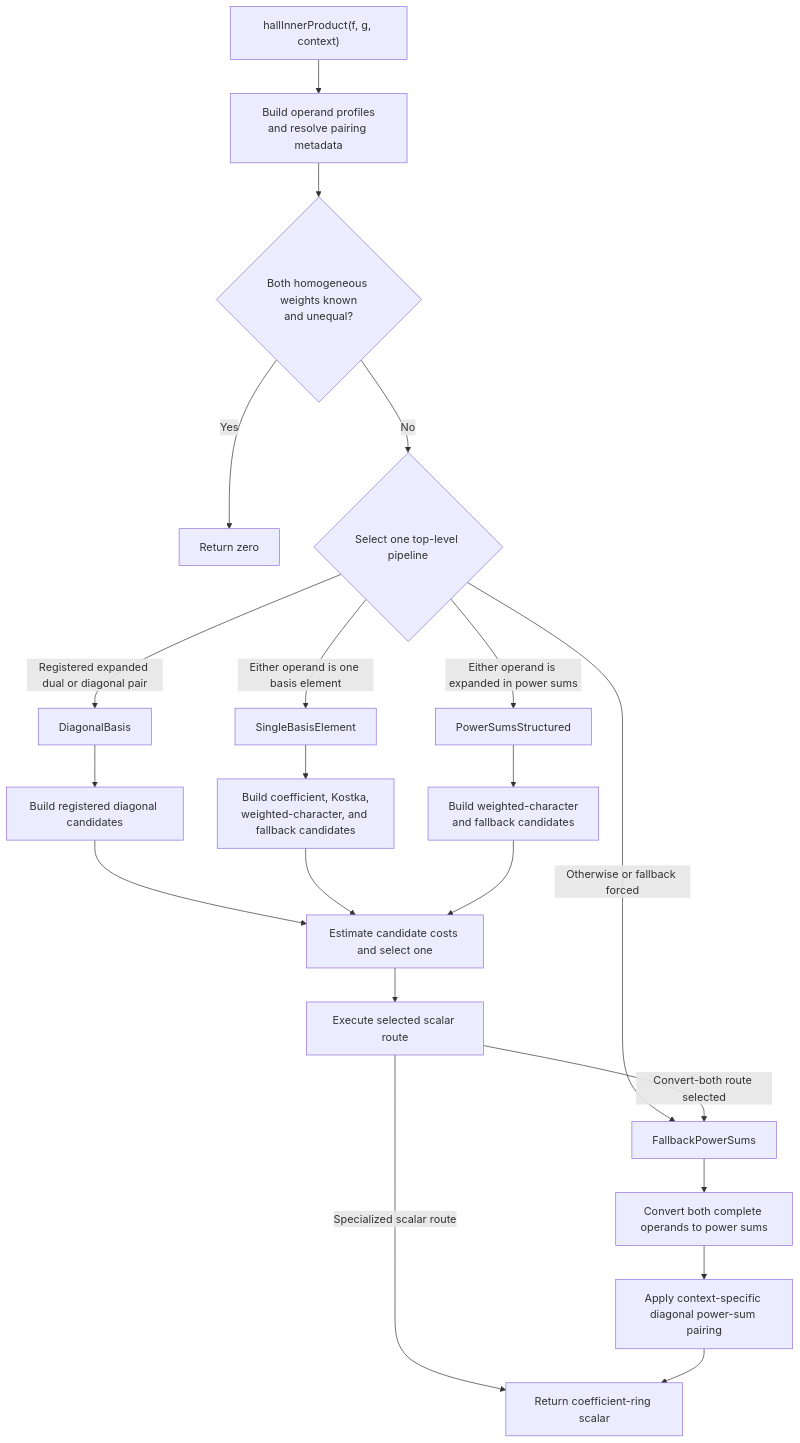
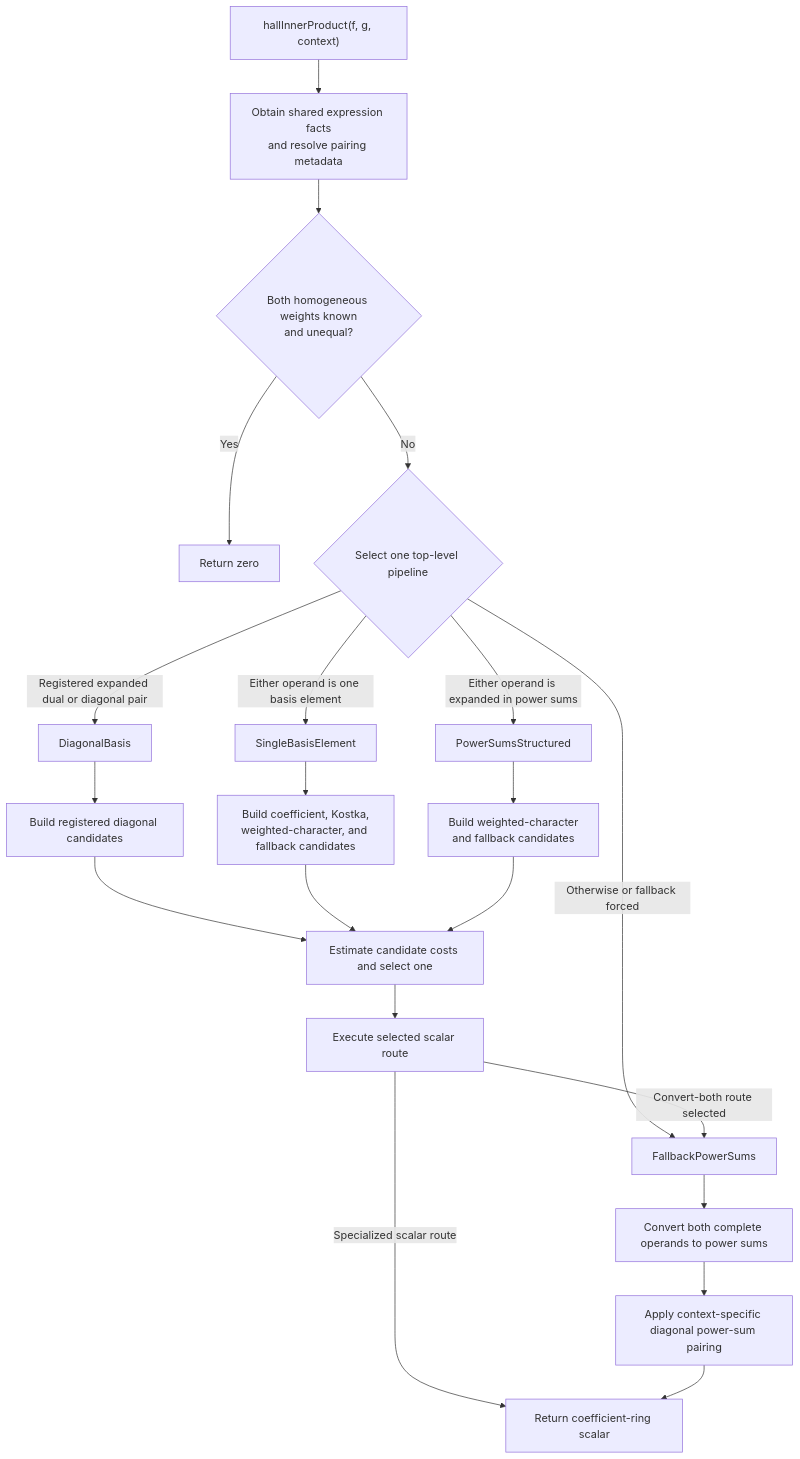
Before and after one commit to j-graf/M2: the fifth of 5 diagrams in M2/Macaulay2/e/symmetric-rings/README-pipelines.md, drawn with Mermaid. The commit also changed other lines of this file and 20 other files, not shown here.

````diff
--- a/M2/Macaulay2/e/symmetric-rings/README-pipelines.md
+++ b/M2/Macaulay2/e/symmetric-rings/README-pipelines.md
@@ -500,28 +501,28 @@
 ```mermaid
 flowchart TD
-    A["hallInnerProduct(f, g, context)"] --> B["Build operand profiles<br/>and resolve pairing metadata"]
+    A["hallInnerProduct(f, g, context)"] --> B["Obtain shared expression facts<br/>and resolve pairing metadata"]
     B --> C{"Both homogeneous weights known<br/>and unequal?"}
     C -->|"Yes"| Z["Return zero"]
     C -->|"No"| D{"Select one top-level pipeline"}
 
     D -->|"Registered expanded dual or diagonal pair"| DB["DiagonalBasis"]
     D -->|"Either operand is one basis element"| SB["SingleBasisElement"]
     D -->|"Either operand is expanded in power sums"| PS["PowerSumsStructured"]
     D -->|"Otherwise or fallback forced"| FB["FallbackPowerSums"]
 
     DB --> DC["Build registered diagonal candidates"]
     SB --> SC["Build coefficient, Kostka,<br/>weighted-character, and fallback candidates"]
     PS --> PC["Build weighted-character<br/>and fallback candidates"]
 
     DC --> PICK["Estimate candidate costs and select one"]
     SC --> PICK
     PC --> PICK
     PICK --> EX["Execute selected scalar route"]
 
     EX -->|"Convert-both route selected"| FB
     EX -->|"Specialized scalar route"| R["Return coefficient-ring scalar"]
 
     FB --> FP["Convert both complete operands to power sums"]
     FP --> PAIR["Apply context-specific diagonal power-sum pairing"]
     PAIR --> R
 ```
````
